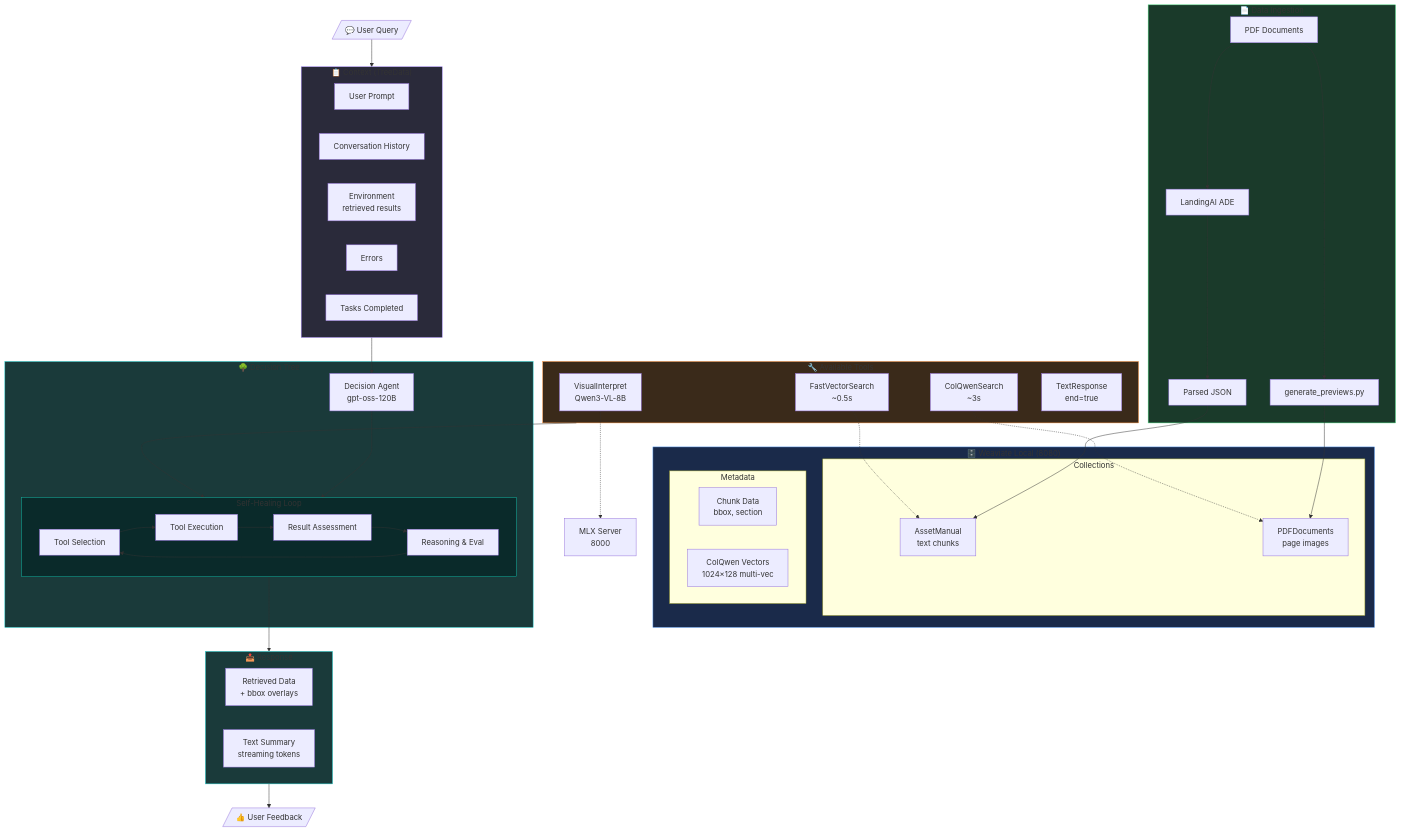
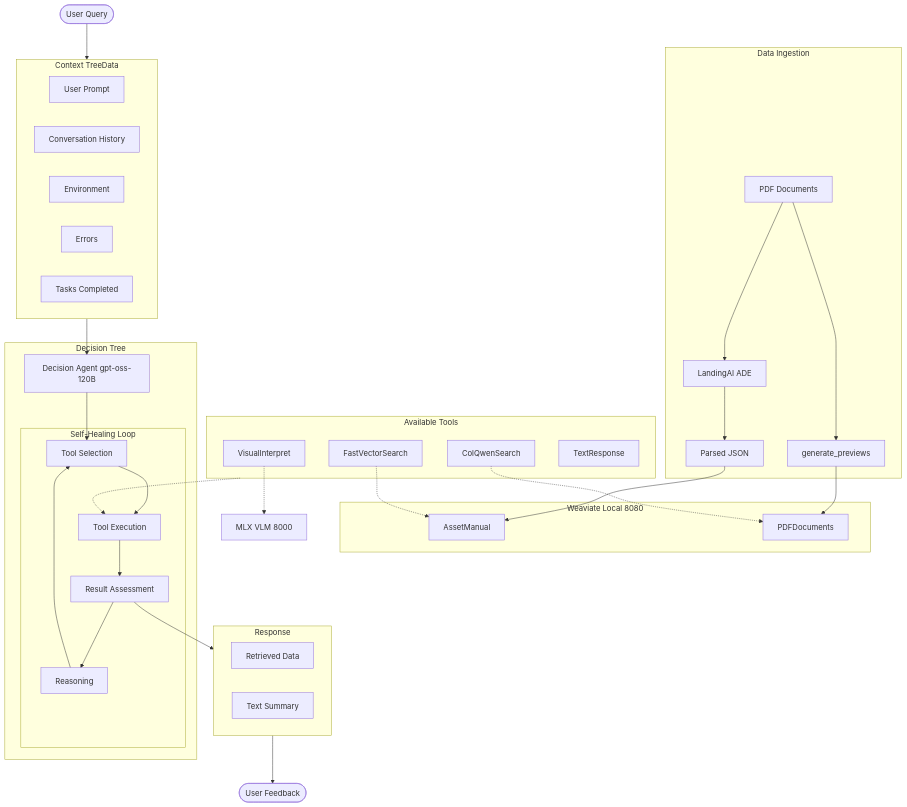
The diagram in docs/AGENT_ARCHITECTURE.md (Galbaz1/vsm-v02), drawn with Mermaid before and after one commit.

Commit message:
Fix mermaid: remove emojis and special chars

````diff
--- a/docs/AGENT_ARCHITECTURE.md
+++ b/docs/AGENT_ARCHITECTURE.md
@@ -5,77 +5,66 @@
 ```mermaid
 flowchart TB
-    subgraph Data["📄 Data Ingestion"]
+    subgraph Data[Data Ingestion]
         PDF[PDF Documents]
         PDF --> LandingAI[LandingAI ADE]
-        PDF --> Previews[generate_previews.py]
+        PDF --> Previews[generate_previews]
         LandingAI --> JSON[Parsed JSON]
     end
 
-    subgraph Weaviate["🗄️ Weaviate Local (8080)"]
-        subgraph Collections
-            AM[AssetManual<br/>text chunks]
-            PD[PDFDocuments<br/>page images]
-        end
-        subgraph Metadata
-            CD[Chunk Data<br/>bbox, section]
-            CM[ColQwen Vectors<br/>1024×128 multi-vec]
-        end
+    subgraph Weaviate[Weaviate Local 8080]
+        AM[AssetManual]
+        PD[PDFDocuments]
     end
 
     JSON --> AM
     Previews --> PD
 
-    subgraph Context["📋 Context (TreeData)"]
+    subgraph Context[Context TreeData]
         UP[User Prompt]
         CH[Conversation History]
-        ENV[Environment<br/>retrieved results]
+        ENV[Environment]
         ERR[Errors]
         TC[Tasks Completed]
     end
 
-    UQ[/"💬 User Query"/] --> Context
+    UQ([User Query]) --> Context
 
-    subgraph Tree["🌳 Decision Tree"]
-        DA[Decision Agent<br/>gpt-oss-120B]
+    subgraph Tree[Decision Tree]
+        DA[Decision Agent gpt-oss-120B]
         
-        subgraph Loop["Self-Healing Loop"]
+        subgraph Loop[Self-Healing Loop]
             TS[Tool Selection]
             TE[Tool Execution]
             RA[Result Assessment]
-            RE[Reasoning & Eval]
-            TS --> TE --> RA --> RE --> TS
+            RE[Reasoning]
         end
         
-        DA --> Loop
+        DA --> TS
+        TS --> TE
+        TE --> RA
+        RA --> RE
+        RE --> TS
     end
 
-    subgraph Tools["🔧 Available Tools"]
-        FVS[FastVectorSearch<br/>~0.5s]
-        CQS[ColQwenSearch<br/>~3s]
-        VIT[VisualInterpret<br/>Qwen3-VL-8B]
-        TR[TextResponse<br/>end=true]
+    subgraph Tools[Available Tools]
+        FVS[FastVectorSearch]
+        CQS[ColQwenSearch]
+        VIT[VisualInterpret]
+        TR[TextResponse]
     end
 
     Context --> DA
-    Tools --> Loop
+    Tools -.-> TE
     
     FVS -.-> AM
     CQS -.-> PD
-    VIT -.-> MLX[MLX Server<br/>8000]
+    VIT -.-> MLX[MLX VLM 8000]
 
-    subgraph Response["📤 Response"]
-        RD[Retrieved Data<br/>+ bbox overlays]
-        TS2[Text Summary<br/>streaming tokens]
+    subgraph Response[Response]
+        RD[Retrieved Data]
+        TS2[Text Summary]
     end
 
-    Loop --> Response
-    Response --> UF[/"👍 User Feedback"/]
-
-    style Data fill:#1a3a2a,stroke:#4ade80
-    style Weaviate fill:#1a2a4a,stroke:#60a5fa
-    style Context fill:#2a2a3a,stroke:#a78bfa
-    style Tree fill:#1a3a3a,stroke:#22d3d3
-    style Tools fill:#3a2a1a,stroke:#fb923c
-    style Response fill:#1a3a3a,stroke:#22d3d3
-    style Loop fill:#0a2a2a,stroke:#14b8a6
+    RA --> Response
+    Response --> UF([User Feedback])
 ```
````
